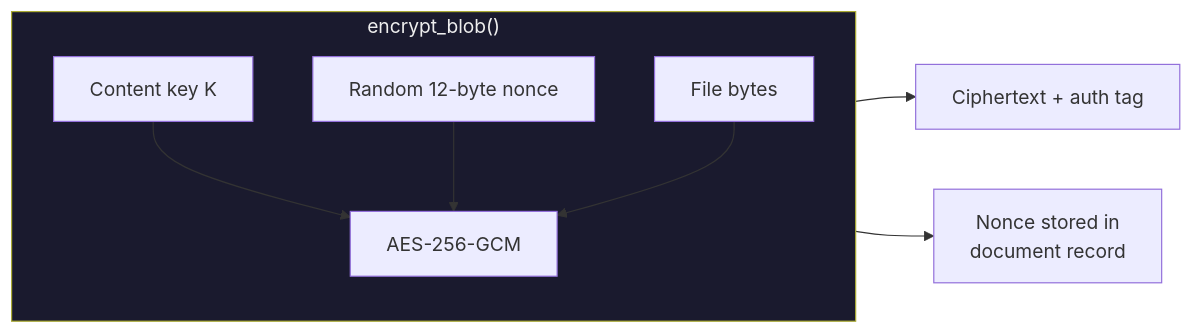
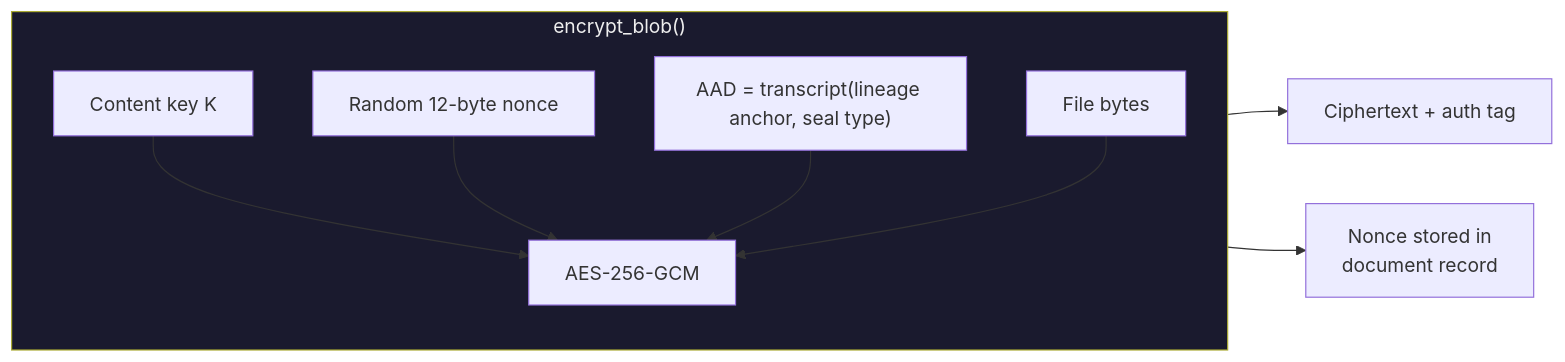
The third of 3 diagrams in docs/flows/crypto.md (Sans-Self/Opake), drawn with Mermaid before and after one commit. The commit also changed other lines of this file and 35 other files, not shown here.

````diff
--- a/docs/flows/crypto.md
+++ b/docs/flows/crypto.md
@@ -53,15 +55,16 @@
 ```mermaid
 flowchart LR
     subgraph Encrypt ["encrypt_blob()"]
         direction TB
         K["Content key K"] --> GCM
         Nonce["Random 12-byte nonce"] --> GCM
+        AAD["AAD = transcript(lineage anchor, seal type)"] --> GCM
         Plaintext["File bytes"] --> GCM
         GCM["AES-256-GCM"]
     end
 
     GCM --> Ciphertext["Ciphertext + auth tag"]
     GCM --> StoredNonce["Nonce stored in<br/>document record"]
 
     style Encrypt fill:#1a1a2e,color:#eee
 ```
````
